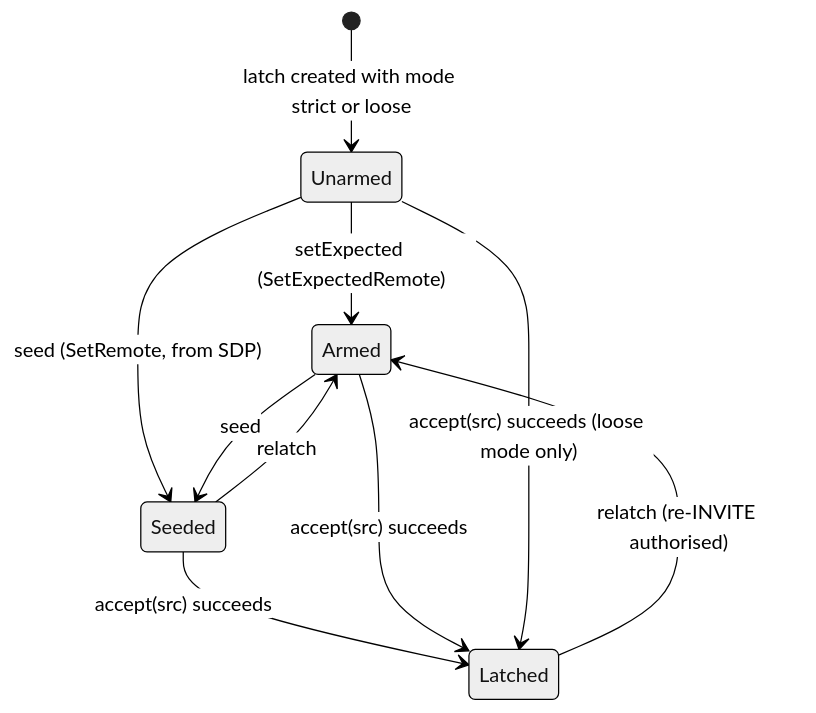
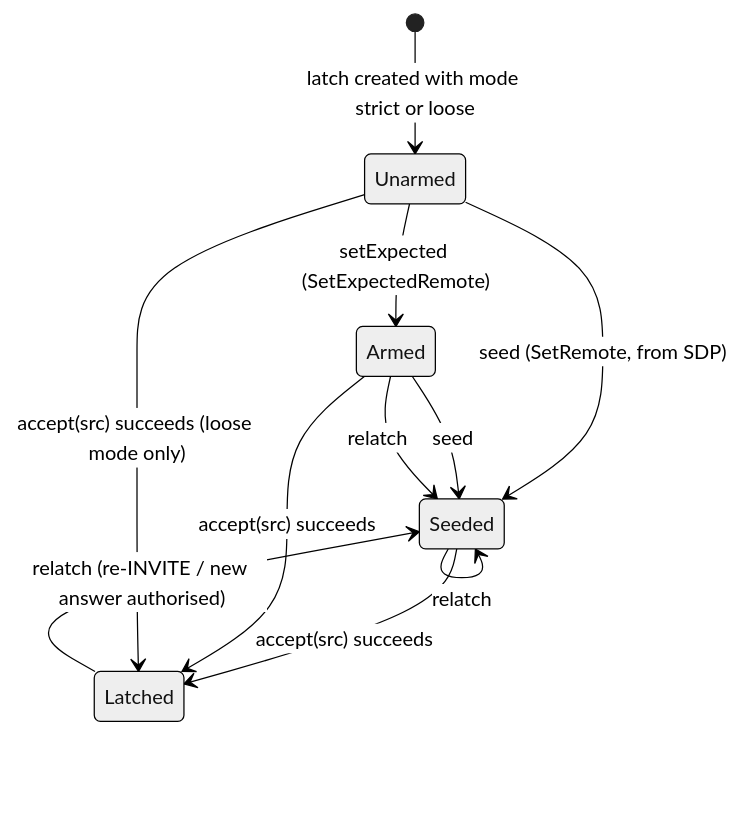
One commit to rasonyang/freesbc changed the eighth of 19 diagrams in docs/design.md. Above: the diagram before and after it, drawn with Mermaid (neutral theme). The commit also changed other lines of this file and 18 other files, not shown here.

````diff
--- a/docs/design.md
+++ b/docs/design.md
@@ -1869,12 +1870,13 @@
 ```mermaid
 stateDiagram-v2
     [*] --> Unarmed: latch created with mode strict or loose
     Unarmed --> Armed: setExpected (SetExpectedRemote)
     Unarmed --> Seeded: seed (SetRemote, from SDP)
     Armed --> Seeded: seed
     Seeded --> Latched: accept(src) succeeds
     Armed --> Latched: accept(src) succeeds
     Unarmed --> Latched: accept(src) succeeds (loose mode only)
-    Latched --> Armed: relatch (re-INVITE authorised)
-    Seeded --> Armed: relatch
+    Latched --> Seeded: relatch (re-INVITE / new answer authorised)
+    Seeded --> Seeded: relatch
+    Armed --> Seeded: relatch
 ```
````
